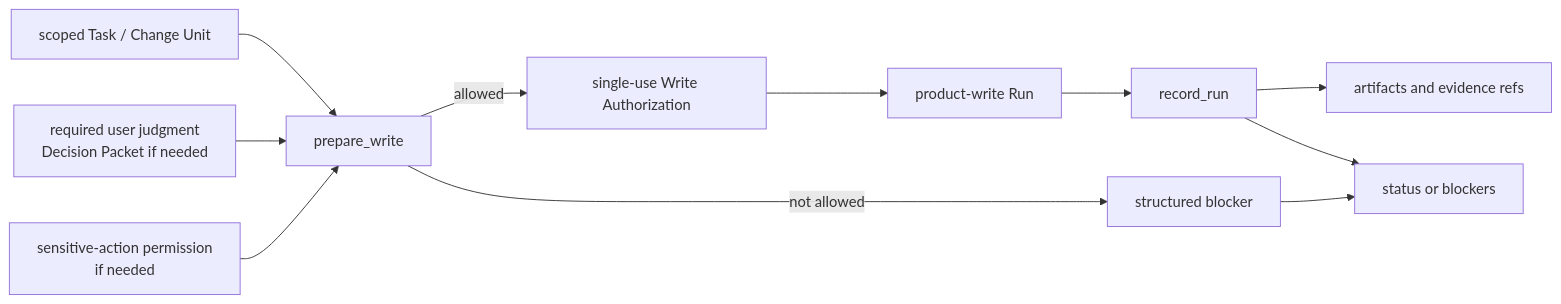
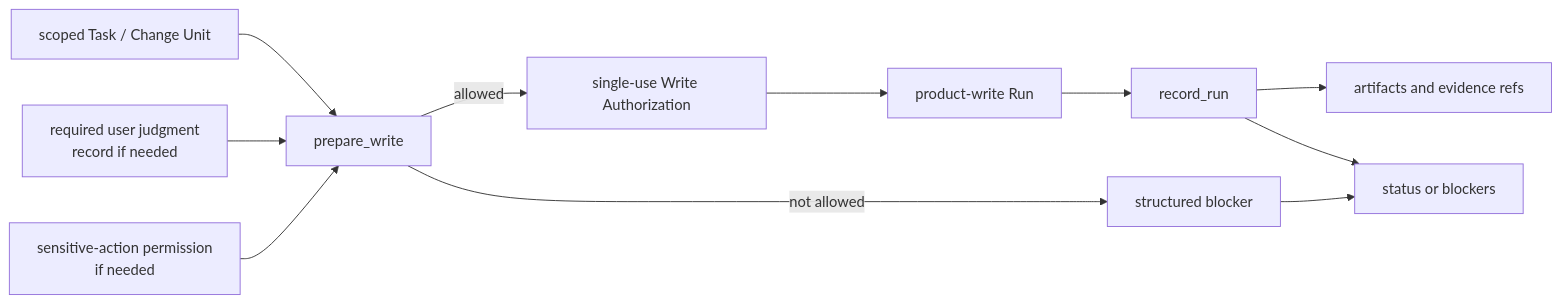
One commit to minjungw00/Harness_Project changed the second of 3 diagrams in docs/en/reference/kernel.md. Above: the diagram before and after it, drawn with Mermaid. The commit also changed other lines of this file and 90 other files, not shown here.

Commit message:
docs: simplify user judgment model and naming

````diff
--- a/docs/en/reference/kernel.md
+++ b/docs/en/reference/kernel.md
@@ -565,13 +565,13 @@
 ```mermaid
 flowchart LR
   Scope["scoped Task / Change Unit"] --> Prepare["prepare_write"]
-  Judgment["required user judgment<br/>Decision Packet if needed"] --> Prepare
+  Judgment["required user judgment<br/>record if needed"] --> Prepare
   Approval["sensitive-action permission<br/>if needed"] --> Prepare
   Prepare -->|allowed| Auth["single-use Write Authorization"]
   Prepare -->|not allowed| Blocker["structured blocker"]
   Auth --> Run["product-write Run"]
   Run --> Record["record_run"]
   Record --> Artifacts["artifacts and evidence refs"]
   Record --> Status["status or blockers"]
   Blocker --> Status
 ```
````
